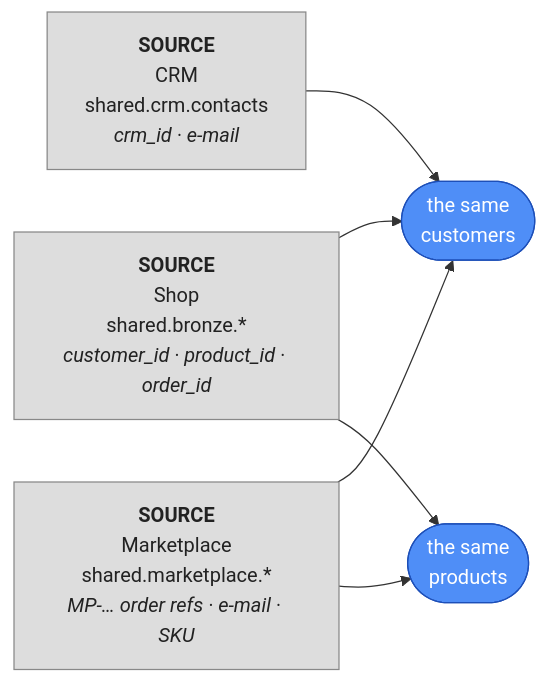
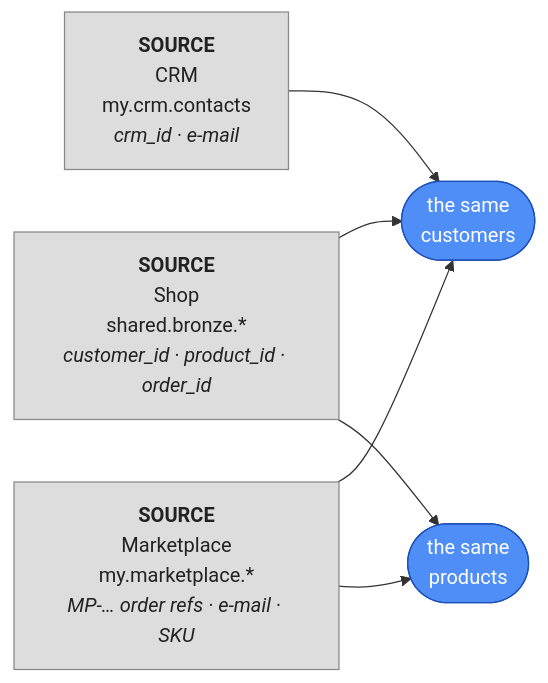
One commit to maarthala/data-engineering-lab changed the diagram in training/docs/datavault/sources.md. Above: the diagram before and after it, drawn with Mermaid. The commit also changed other lines of this file and 17 other files, not shown here.

````diff
--- a/training/docs/datavault/sources.md
+++ b/training/docs/datavault/sources.md
@@ -6,16 +7,16 @@
 ```mermaid
 flowchart LR
   classDef src fill:#ddd,stroke:#888,color:#222
   classDef hub fill:#4f8ef7,stroke:#1d4fb8,color:#fff
 
   SHOP["<b>SOURCE</b><br/>Shop<br/>shared.bronze.*<br/><i>customer_id · product_id · order_id</i>"]:::src
-  CRM["<b>SOURCE</b><br/>CRM<br/>shared.crm.contacts<br/><i>crm_id · e-mail</i>"]:::src
-  MKT["<b>SOURCE</b><br/>Marketplace<br/>shared.marketplace.*<br/><i>MP-… order refs · e-mail · SKU</i>"]:::src
+  CRM["<b>SOURCE</b><br/>CRM<br/>my.crm.contacts<br/><i>crm_id · e-mail</i>"]:::src
+  MKT["<b>SOURCE</b><br/>Marketplace<br/>my.marketplace.*<br/><i>MP-… order refs · e-mail · SKU</i>"]:::src
   C(["the same<br/>customers"]):::hub
   P(["the same<br/>products"]):::hub
   SHOP --> C
   CRM --> C
   MKT --> C
   SHOP --> P
   MKT --> P
 ```
````
